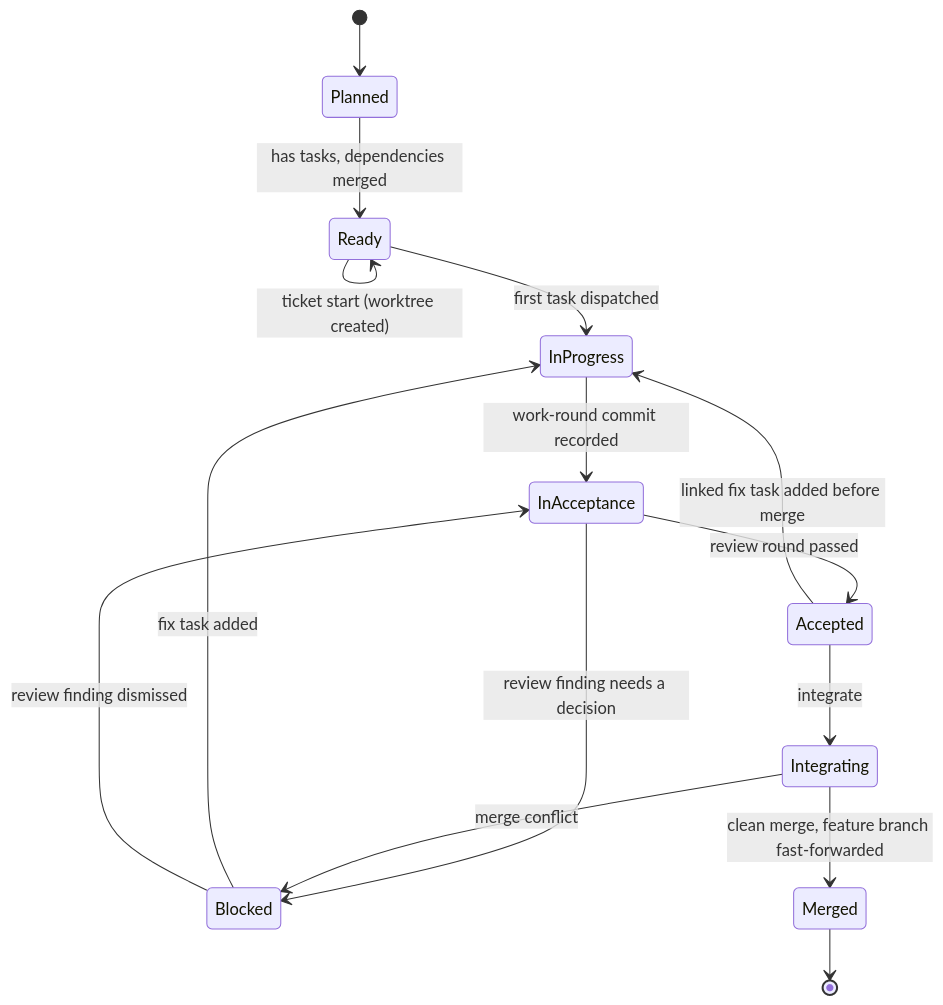
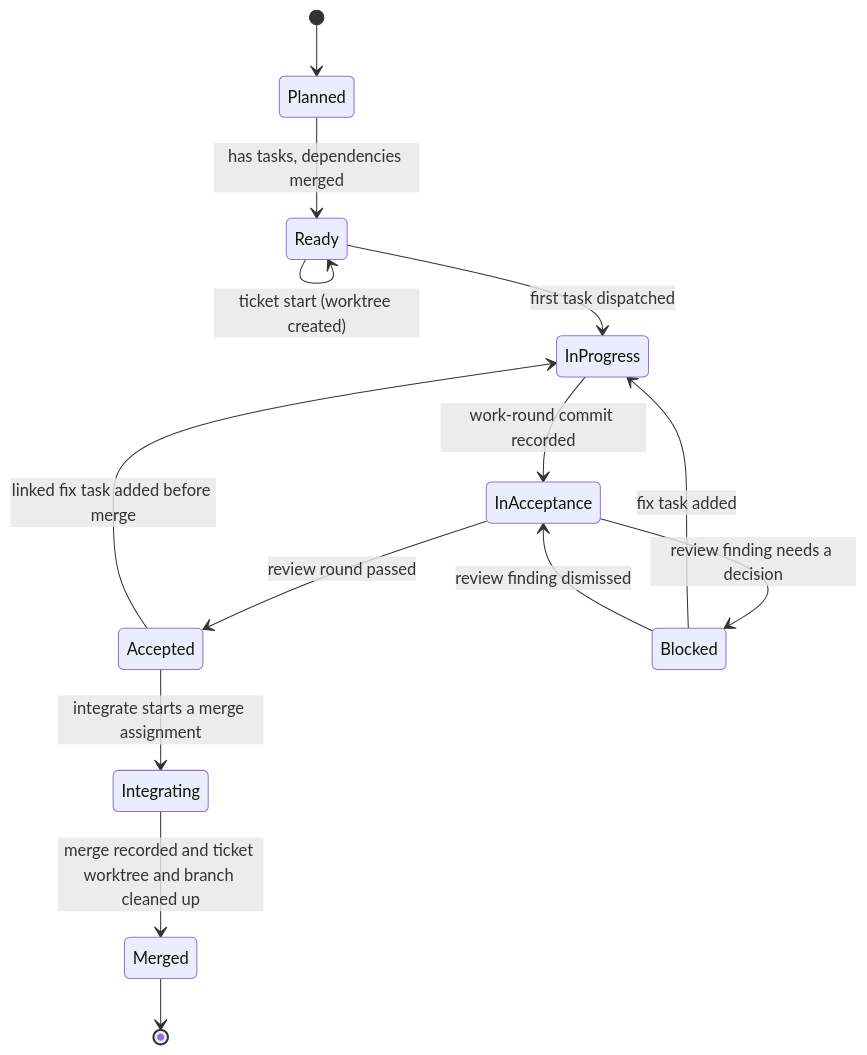
One commit to UseTheFork/spindle changed the fifth of 7 diagrams in SDD-WORKFLOWS.md. Above: the diagram before and after it, drawn with Mermaid. The commit also changed other lines of this file and 1 other file, not shown here.

Commit message:
docs: update SDD merge workflow

````diff
--- a/SDD-WORKFLOWS.md
+++ b/SDD-WORKFLOWS.md
@@ -364,17 +382,16 @@
 ```mermaid
 stateDiagram-v2
     [*] --> Planned
     Planned --> Ready: has tasks, dependencies merged
     Ready --> Ready: ticket start (worktree created)
     Ready --> InProgress: first task dispatched
     InProgress --> InAcceptance: work-round commit recorded
     InAcceptance --> Accepted: review round passed
     InAcceptance --> Blocked: review finding needs a decision
-    Accepted --> Integrating: integrate
+    Accepted --> Integrating: integrate starts a merge assignment
     Accepted --> InProgress: linked fix task added before merge
-    Integrating --> Merged: clean merge, feature branch fast-forwarded
-    Integrating --> Blocked: merge conflict
+    Integrating --> Merged: merge recorded and ticket worktree and branch cleaned up
     Blocked --> InProgress: fix task added
     Blocked --> InAcceptance: review finding dismissed
     Merged --> [*]
 ```
````
